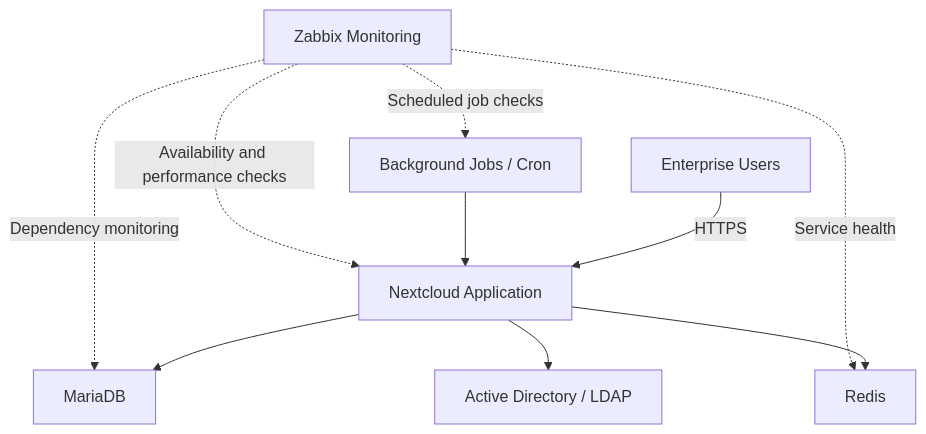
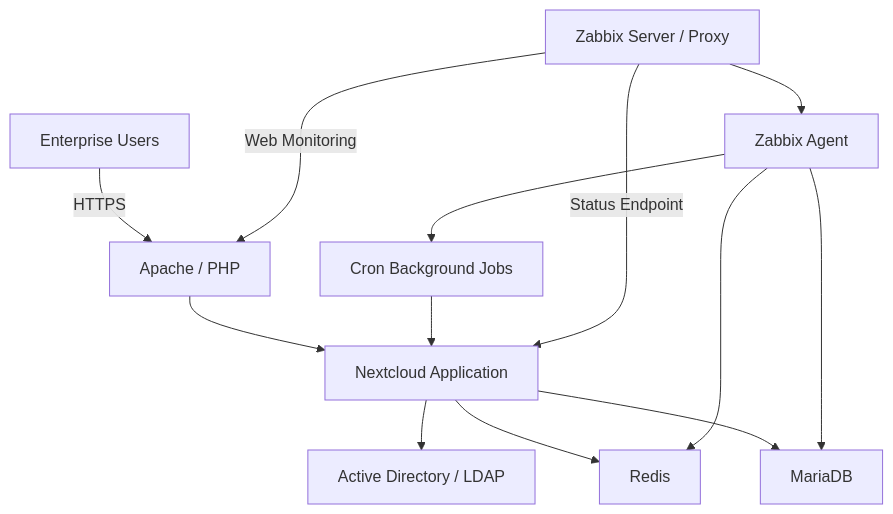
Before and after one commit to elahegivi/enterprise-infrastructure-monitoring: the first of 2 diagrams in docs/nextcloud-zabbix-configuration.md, drawn with Mermaid. The commit also changed other lines of this file, not shown here.

Commit message:
Refine Nextcloud Zabbix monitoring configuration

````diff
--- a/docs/nextcloud-zabbix-configuration.md
+++ b/docs/nextcloud-zabbix-configuration.md
@@ -16,21 +28,29 @@
 ```mermaid
-flowchart TD
+flowchart TB
     U["Enterprise Users"]
     NC["Nextcloud Application"]
+    WEB["Apache / PHP"]
     DB["MariaDB"]
     RD["Redis"]
-    CR["Background Jobs / Cron"]
+    CR["Cron Background Jobs"]
     AD["Active Directory / LDAP"]
-    Z["Zabbix Monitoring"]
 
-    U -->|"HTTPS"| NC
+    Z["Zabbix Server / Proxy"]
+    AG["Zabbix Agent"]
+
+    U -->|"HTTPS"| WEB
+    WEB --> NC
+
     NC --> DB
     NC --> RD
     NC --> AD
     CR --> NC
 
-    Z -. "Availability and performance checks" .-> NC
-    Z -. "Dependency monitoring" .-> DB
-    Z -. "Service health" .-> RD
-    Z -. "Scheduled job checks" .-> CR
+    Z -->|"Web Monitoring"| WEB
+    Z -->|"Status Endpoint"| NC
+    Z --> AG
+
+    AG --> DB
+    AG --> RD
+    AG --> CR
 ```
````
